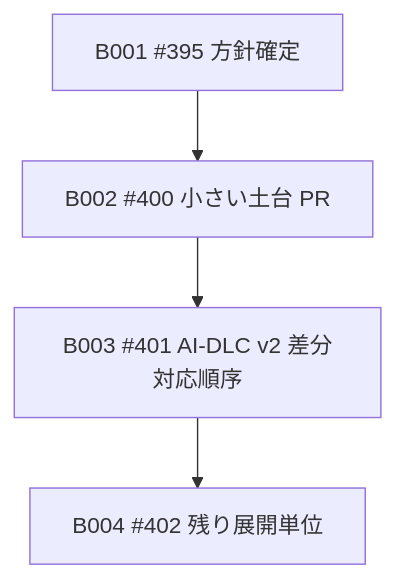
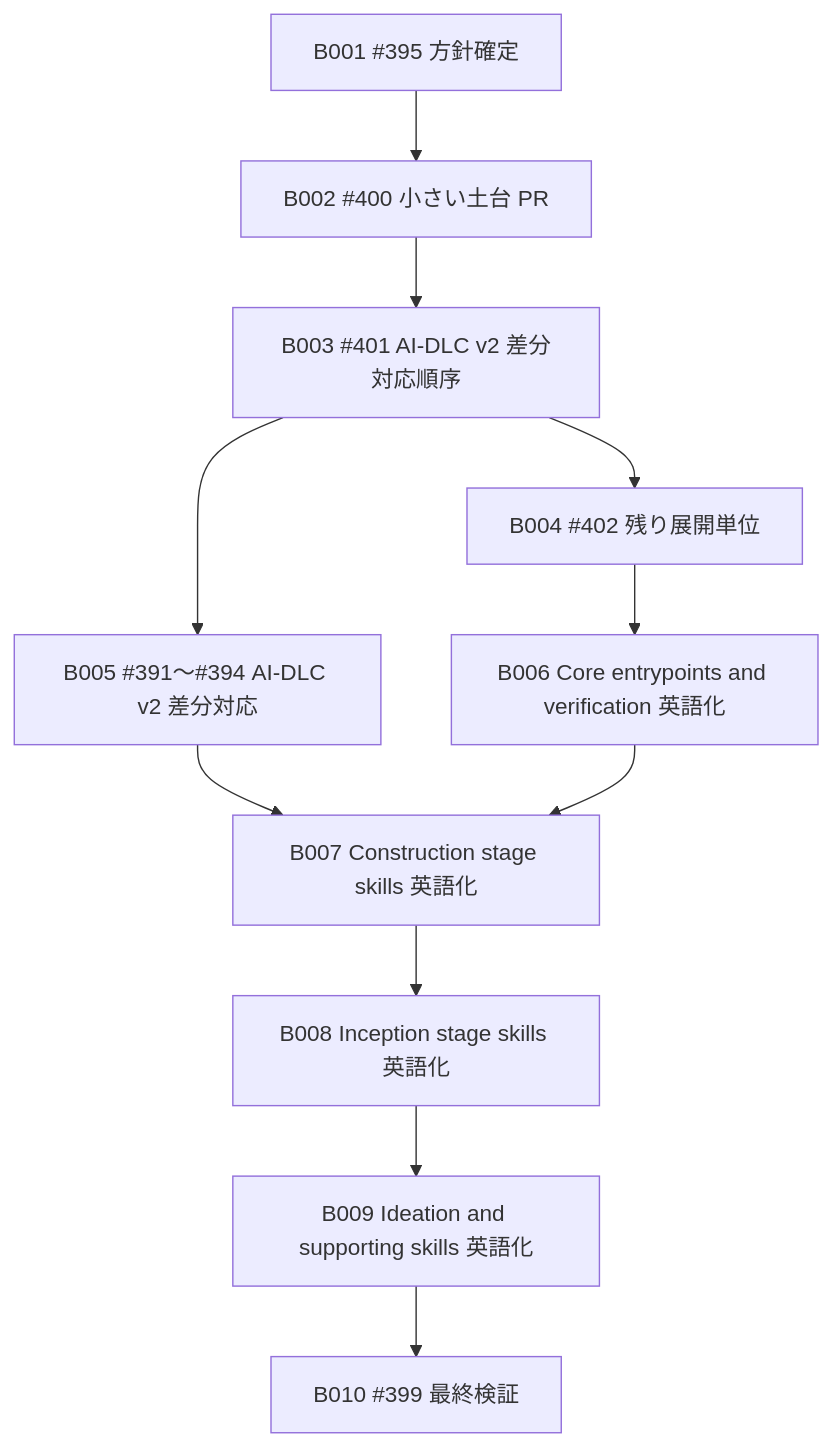
The diagram in aidlc/spaces/default/intents/260703-amadeus-skill-english-rollout-plan/inception/delivery-planning/bolt-plan.md (amadeus-dlc/amadeus), drawn with Mermaid before and after one commit. The commit also changed other lines of this file and 30 other files, not shown here.

````diff
--- a/aidlc/spaces/default/intents/260703-amadeus-skill-english-rollout-plan/inception/delivery-planning/bolt-plan.md
+++ b/aidlc/spaces/default/intents/260703-amadeus-skill-english-rollout-plan/inception/delivery-planning/bolt-plan.md
@@ -24,11 +32,24 @@
 ```mermaid
 flowchart TD
   b001["B001 #395 方針確定"]
   b002["B002 #400 小さい土台 PR"]
   b003["B003 #401 AI-DLC v2 差分対応順序"]
   b004["B004 #402 残り展開単位"]
+  b005["B005 #391〜#394 AI-DLC v2 差分対応"]
+  b006["B006 Core entrypoints and verification 英語化"]
+  b007["B007 Construction stage skills 英語化"]
+  b008["B008 Inception stage skills 英語化"]
+  b009["B009 Ideation and supporting skills 英語化"]
+  b010["B010 #399 最終検証"]
 
   b001 --> b002
   b002 --> b003
   b003 --> b004
+  b003 --> b005
+  b004 --> b006
+  b005 --> b007
+  b006 --> b007
+  b007 --> b008
+  b008 --> b009
+  b009 --> b010
 ```
````
